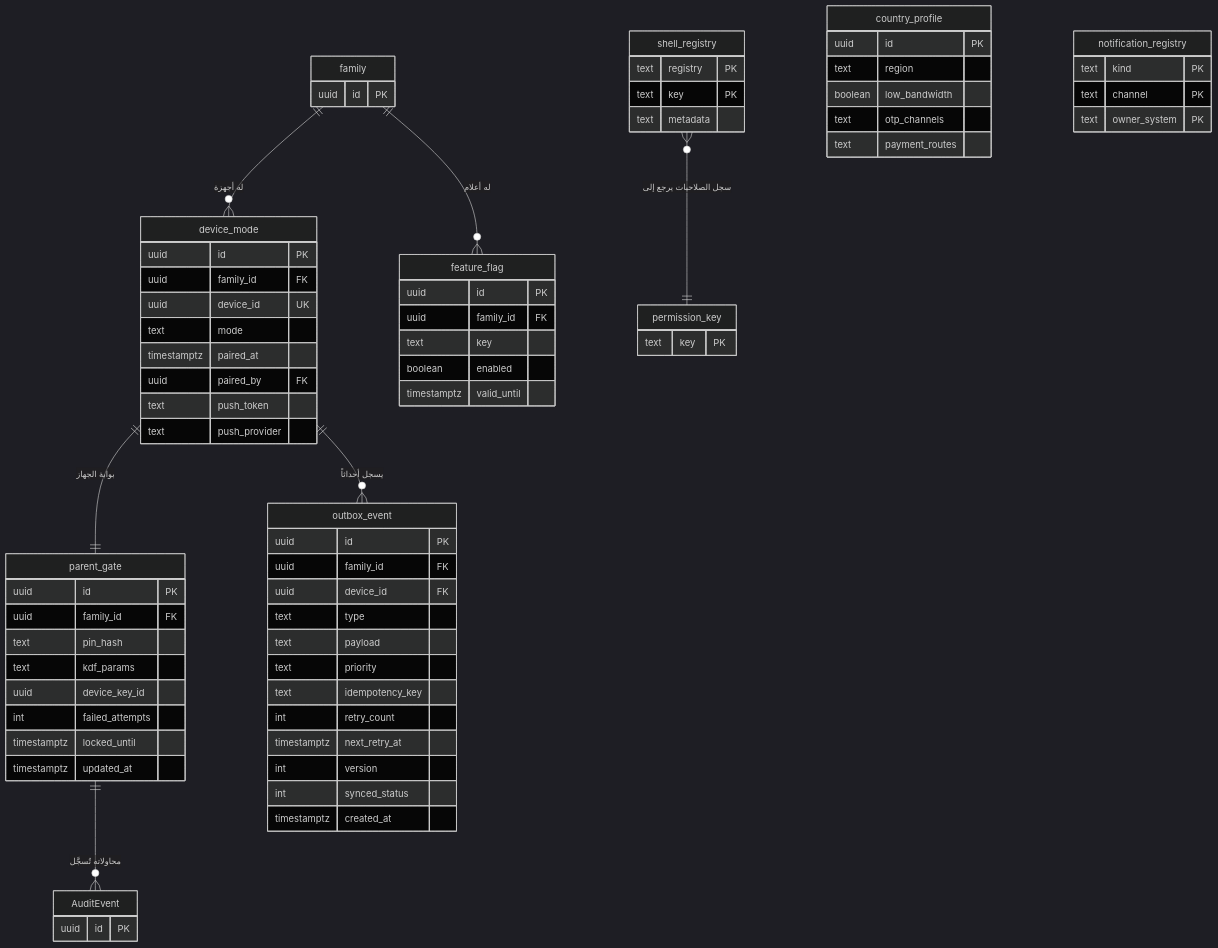
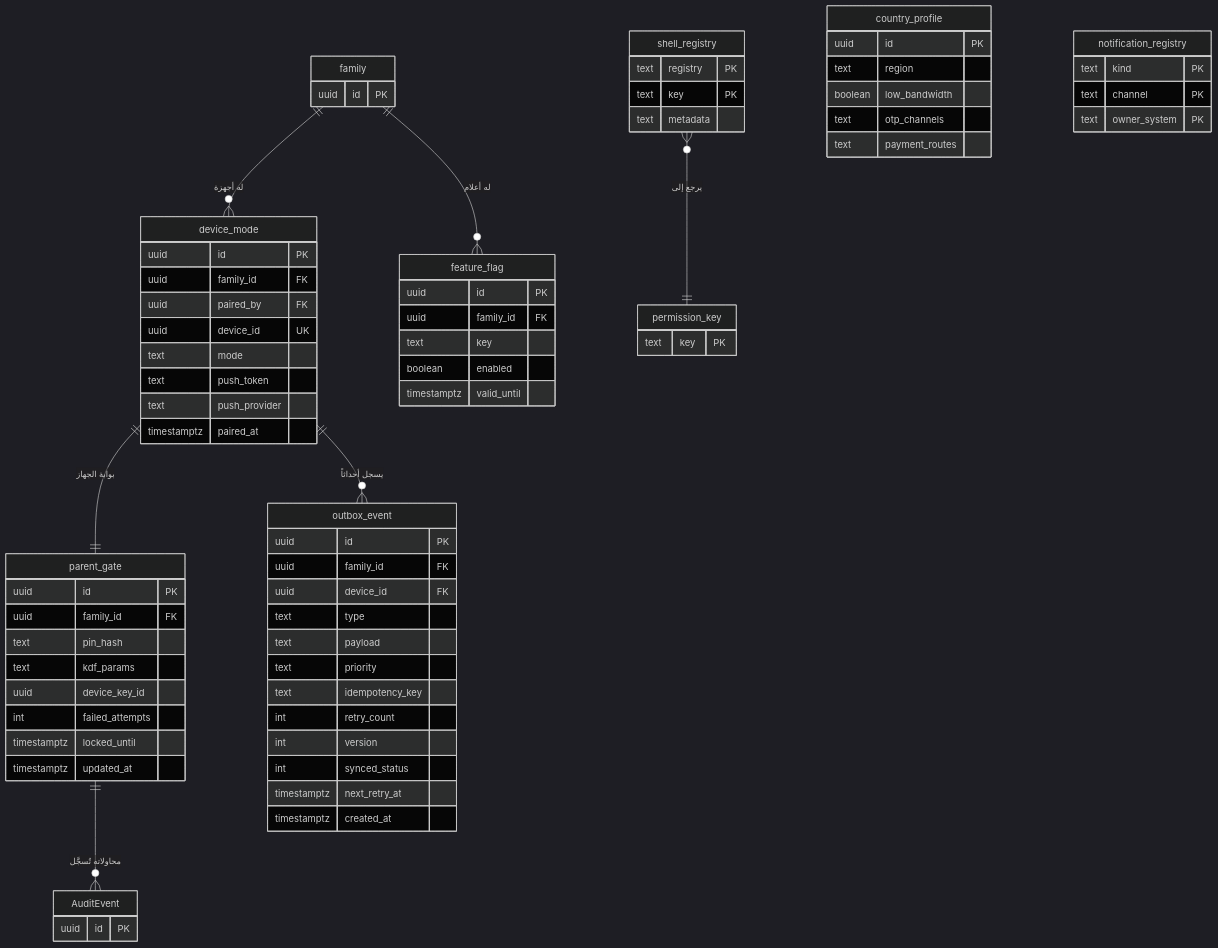
The third of 19 diagrams in docs/family-os/governance/phases/phase-1/S1-01-app-shell-and-platform/DIAGRAMS.md (Bassam-mohammed-alqaeadi/family-os-v2), drawn with Mermaid (dark theme) before and after one commit. The commit also changed other lines of this file, not shown here.

````diff
--- a/docs/family-os/governance/phases/phase-1/S1-01-app-shell-and-platform/DIAGRAMS.md
+++ b/docs/family-os/governance/phases/phase-1/S1-01-app-shell-and-platform/DIAGRAMS.md
@@ -117,77 +123,77 @@
 ```mermaid
 erDiagram
     family ||--o{ device_mode : "له أجهزة"
     family ||--o{ feature_flag : "له أعلام"
     device_mode ||--|| parent_gate : "بوابة الجهاز"
     device_mode ||--o{ outbox_event : "يسجل أحداثاً"
     parent_gate ||--o{ AuditEvent : "محاولاته تُسجَّل"
-    shell_registry }o--|| permission_key : "سجل الصلاحيات يرجع إلى"
+    shell_registry }o--|| permission_key : "يرجع إلى"
 
+    family {
+        uuid id PK
+    }
     device_mode {
         uuid id PK
         uuid family_id FK
+        uuid paired_by FK
         uuid device_id UK
         text mode
-        timestamptz paired_at
-        uuid paired_by FK
         text push_token
         text push_provider
+        timestamptz paired_at
     }
     parent_gate {
         uuid id PK
         uuid family_id FK
         text pin_hash
         text kdf_params
         uuid device_key_id
         int failed_attempts
         timestamptz locked_until
         timestamptz updated_at
     }
     feature_flag {
         uuid id PK
         uuid family_id FK
         text key
         boolean enabled
         timestamptz valid_until
     }
     outbox_event {
         uuid id PK
         uuid family_id FK
         uuid device_id FK
         text type
         text payload
         text priority
         text idempotency_key
         int retry_count
-        timestamptz next_retry_at
         int version
         int synced_status
+        timestamptz next_retry_at
         timestamptz created_at
     }
     country_profile {
         uuid id PK
         text region
         boolean low_bandwidth
         text otp_channels
         text payment_routes
     }
     shell_registry {
         text registry PK
         text key PK
         text metadata
     }
     notification_registry {
         text kind PK
         text channel PK
         text owner_system PK
     }
-    family {
-        uuid id PK
-    }
     permission_key {
         text key PK
     }
     AuditEvent {
         uuid id PK
     }
 ```
````
